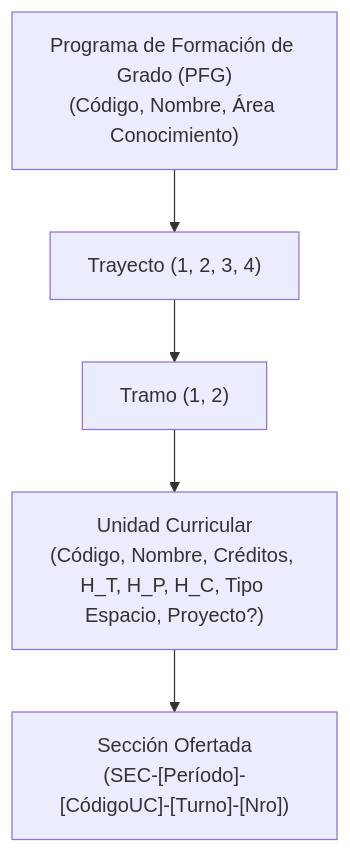
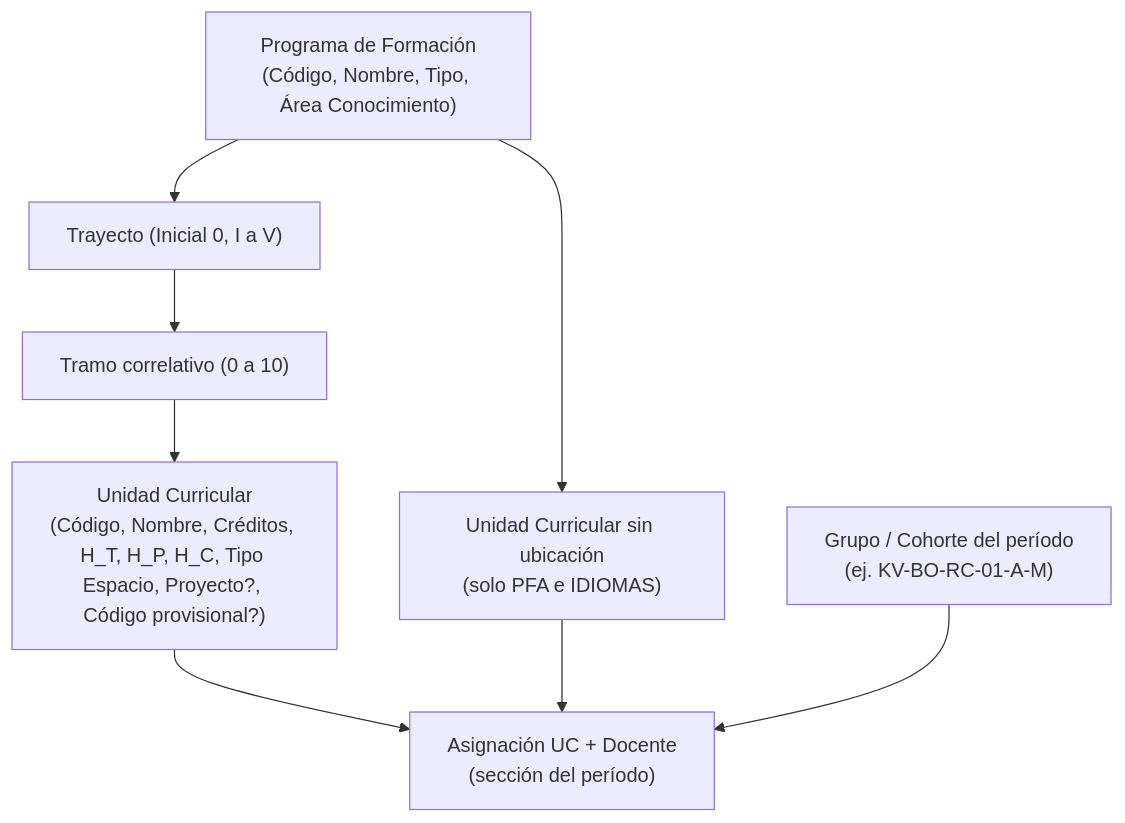
One commit to jeancarlos1111/schaah changed the diagram in specs/09-mallas-curriculares-spec.md. Above: the diagram before and after it, drawn with Mermaid. The commit also changed other lines of this file and 201 other files, not shown here.

````diff
--- a/specs/09-mallas-curriculares-spec.md
+++ b/specs/09-mallas-curriculares-spec.md
@@ -18,13 +18,18 @@
 ```mermaid
 graph TD
-    PFG["Programa de Formación de Grado (PFG)<br/>(Código, Nombre, Área Conocimiento)"]
-    TRAYECTO["Trayecto (1, 2, 3, 4)"]
-    TRAMO["Tramo (1, 2)"]
-    UC["Unidad Curricular<br/>(Código, Nombre, Créditos, H_T, H_P, H_C, Tipo Espacio, Proyecto?)"]
-    SEC["Sección Ofertada<br/>(SEC-[Período]-[CódigoUC]-[Turno]-[Nro])"]
-    
+    PFG["Programa de Formación<br/>(Código, Nombre, Tipo, Área Conocimiento)"]
+    TRAYECTO["Trayecto (Inicial 0, I a V)"]
+    TRAMO["Tramo correlativo (0 a 10)"]
+    UC["Unidad Curricular<br/>(Código, Nombre, Créditos, H_T, H_P, H_C, Tipo Espacio, Proyecto?, Código provisional?)"]
+    UCSIN["Unidad Curricular sin ubicación<br/>(solo PFA e IDIOMAS)"]
+    GRUPO["Grupo / Cohorte del período<br/>(ej. KV-BO-RC-01-A-M)"]
+    SEC["Asignación UC + Docente<br/>(sección del período)"]
+
     PFG --> TRAYECTO
     TRAYECTO --> TRAMO
     TRAMO --> UC
+    PFG --> UCSIN
     UC --> SEC
+    UCSIN --> SEC
+    GRUPO --> SEC
 ```
````
